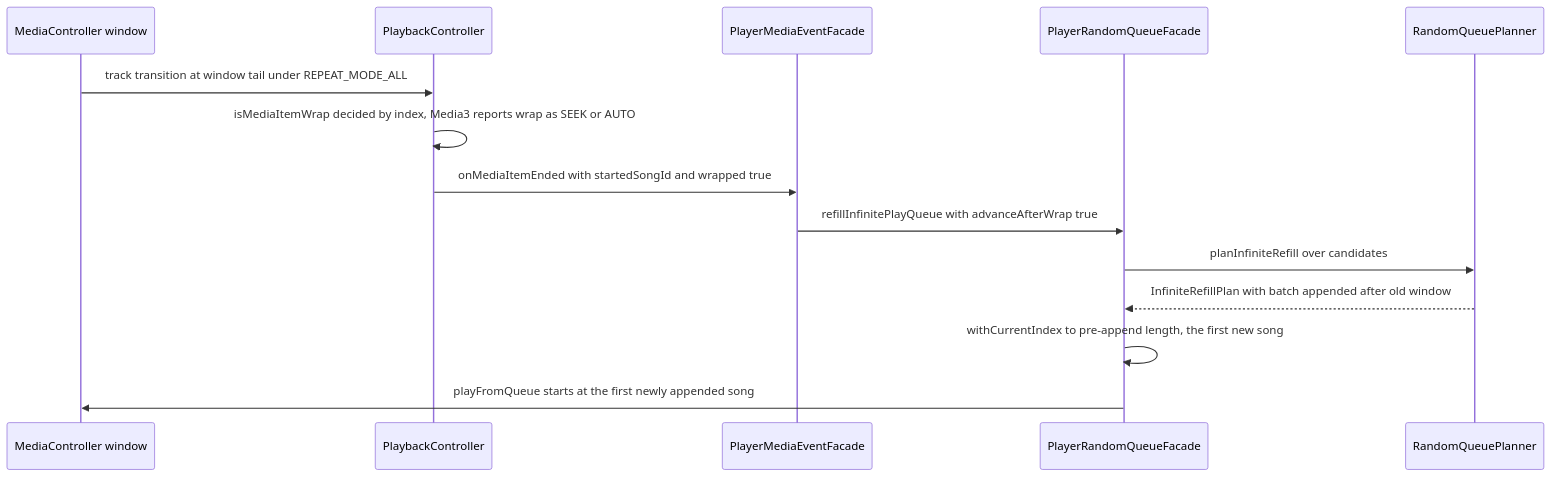
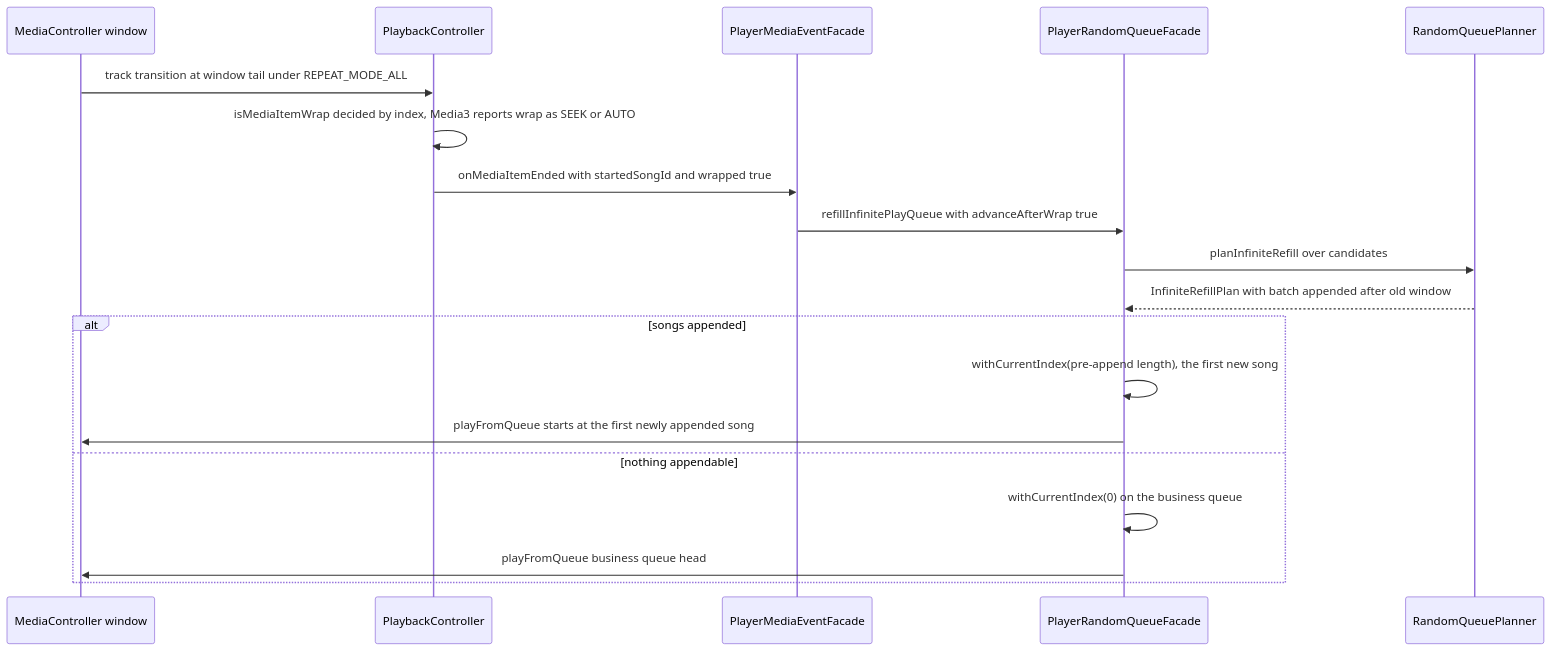
The first of 2 diagrams in openwiki/player/random-and-infinite.md (DefineMyCode/melody-in-heart-x), drawn with Mermaid before and after one commit. The commit also changed other lines of this file and 42 other files, not shown here.

````diff
--- a/openwiki/player/random-and-infinite.md
+++ b/openwiki/player/random-and-infinite.md
@@ -190,16 +216,21 @@
 ```mermaid
 sequenceDiagram
     participant MC as MediaController window
     participant PC as PlaybackController
     participant EV as PlayerMediaEventFacade
     participant RQ as PlayerRandomQueueFacade
     participant PL as RandomQueuePlanner
     MC->>PC: track transition at window tail under REPEAT_MODE_ALL
     PC->>PC: isMediaItemWrap decided by index, Media3 reports wrap as SEEK or AUTO
     PC->>EV: onMediaItemEnded with startedSongId and wrapped true
     EV->>RQ: refillInfinitePlayQueue with advanceAfterWrap true
     RQ->>PL: planInfiniteRefill over candidates
     PL-->>RQ: InfiniteRefillPlan with batch appended after old window
-    RQ->>RQ: withCurrentIndex to pre-append length, the first new song
-    RQ->>MC: playFromQueue starts at the first newly appended song
+    alt songs appended
+        RQ->>RQ: withCurrentIndex(pre-append length), the first new song
+        RQ->>MC: playFromQueue starts at the first newly appended song
+    else nothing appendable
+        RQ->>RQ: withCurrentIndex(0) on the business queue
+        RQ->>MC: playFromQueue business queue head
+    end
 ```
````
